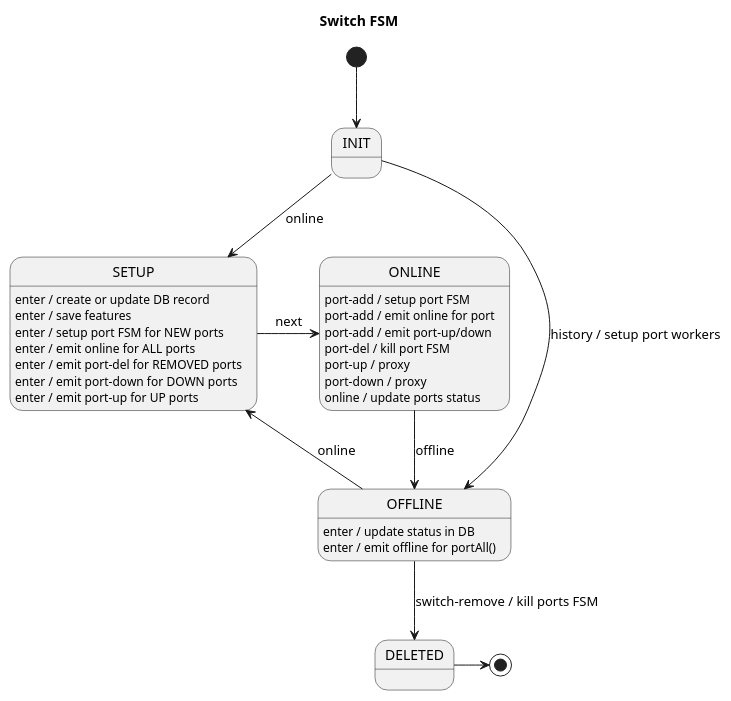
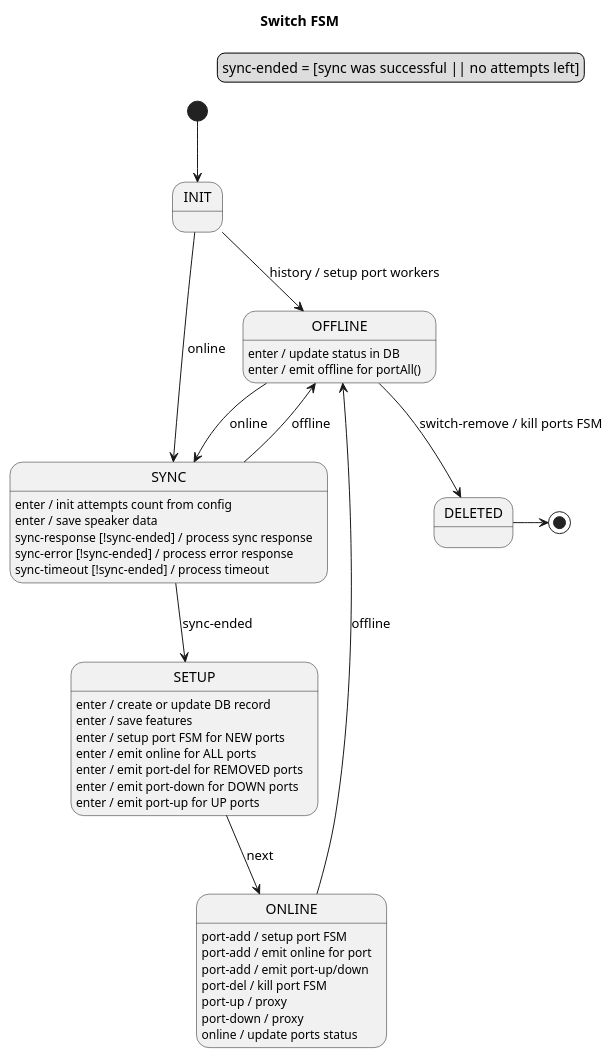
Before and after one commit to telstra/open-kilda: the diagram in docs/design/network-discovery/switch-FSM.puml, drawn with PlantUML. The commit also changed 28 other files, not shown here.

```diff
--- a/docs/design/network-discovery/switch-FSM.puml
+++ b/docs/design/network-discovery/switch-FSM.puml
@@ -22,33 +22,45 @@
 @startuml
 title Switch FSM
+
+legend top right
+    sync-ended = [sync was successful || no attempts left]
+endlegend
 
 [*] --> INIT
 
 INIT --> OFFLINE : history / setup port workers
-INIT --> SETUP : online
+INIT --> SYNC : online
+
+SYNC : enter / init attempts count from config
+SYNC : enter / save speaker data
+SYNC : sync-response [!sync-ended] / process sync response
+SYNC : sync-error [!sync-ended] / process error response
+SYNC : sync-timeout [!sync-ended] / process timeout
+SYNC --> SETUP : sync-ended
+SYNC --> OFFLINE : offline
 
 SETUP : enter / create or update DB record
 SETUP : enter / save features
 SETUP : enter / setup port FSM for NEW ports
 SETUP : enter / emit online for ALL ports
 SETUP : enter / emit port-del for REMOVED ports
 SETUP : enter / emit port-down for DOWN ports
 SETUP : enter / emit port-up for UP ports
-SETUP -r-> ONLINE : next
+SETUP --> ONLINE : next
 
 ONLINE : port-add / setup port FSM
 ONLINE : port-add / emit online for port
 ONLINE : port-add / emit port-up/down
 ONLINE : port-del / kill port FSM
 ONLINE : port-up / proxy
 ONLINE : port-down / proxy
 ONLINE : online / update ports status
 ONLINE --> OFFLINE : offline
 
 OFFLINE : enter / update status in DB
 OFFLINE : enter / emit offline for portAll()
-OFFLINE --> SETUP : online
+OFFLINE --> SYNC : online
 OFFLINE --> DELETED: switch-remove / kill ports FSM
 DELETED -> [*]
 
 @enduml
```
